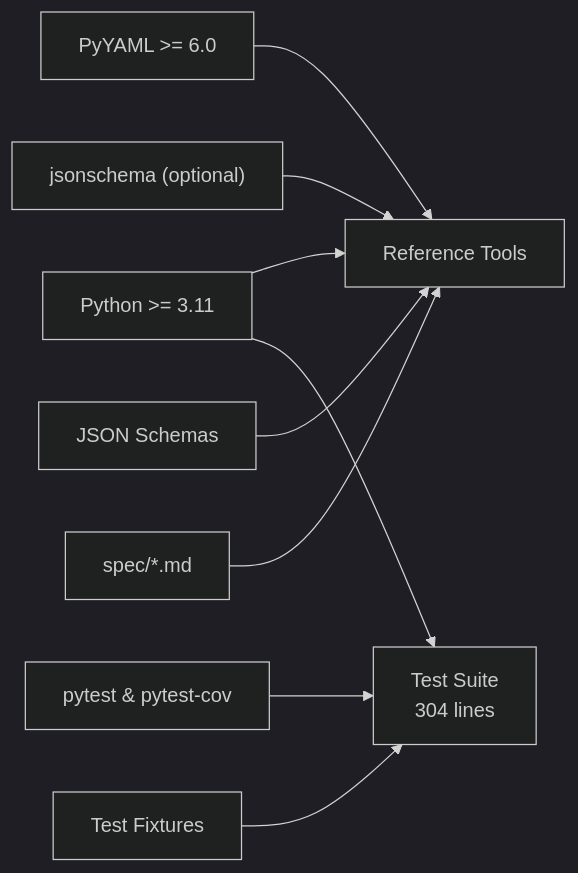
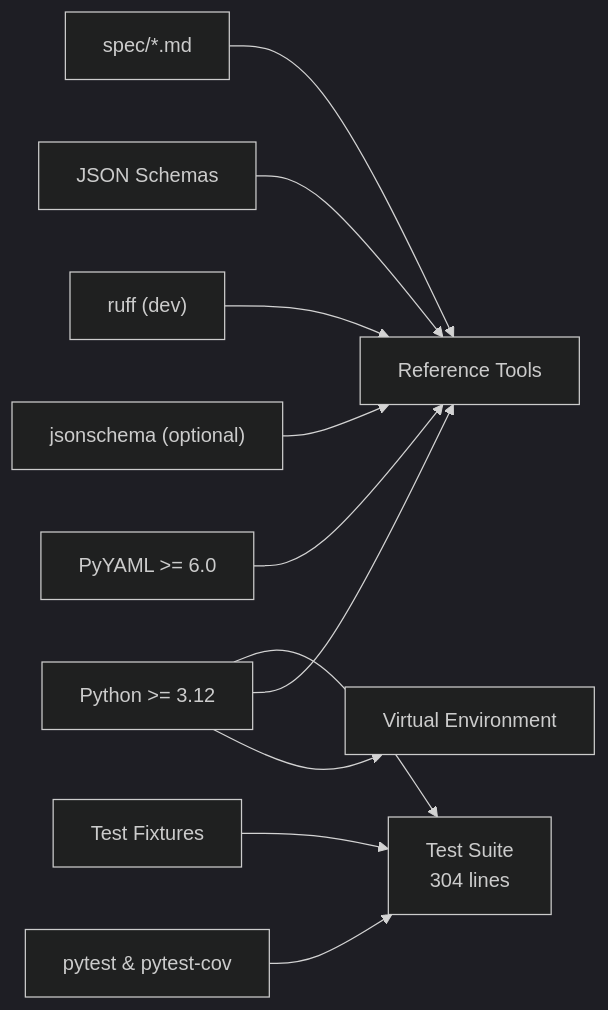
Before and after one commit to asukhodko/opskarta: the sixth of 7 diagrams in .qoder/repowiki/en/content/Development and Contributing.md, drawn with Mermaid (dark theme). The commit also changed other lines of this file and 4 other files, not shown here.

First line of the commit message:
docs(dev): update development guide with Python 3.12+ and enhanced Makefile workflow

````diff
--- a/.qoder/repowiki/en/content/Development and Contributing.md
+++ b/.qoder/repowiki/en/content/Development and Contributing.md
@@ -312,20 +399,24 @@
 ```mermaid
 graph LR
-py["Python >= 3.11"]
+py["Python >= 3.12"]
 yaml["PyYAML >= 6.0"]
 js["jsonschema (optional)"]
 pytest["pytest & pytest-cov"]
+ruff["ruff (dev)"]
 tools["Reference Tools"]
 schemas["JSON Schemas"]
 spec_src["spec/*.md"]
 fixtures["Test Fixtures"]
 test_suite["Test Suite<br/>304 lines"]
+venv["Virtual Environment"]
+py --> venv
 py --> tools
 py --> test_suite
 yaml --> tools
 js --> tools
 pytest --> test_suite
+ruff --> tools
 schemas --> tools
 spec_src --> tools
 fixtures --> test_suite
 ```
````
